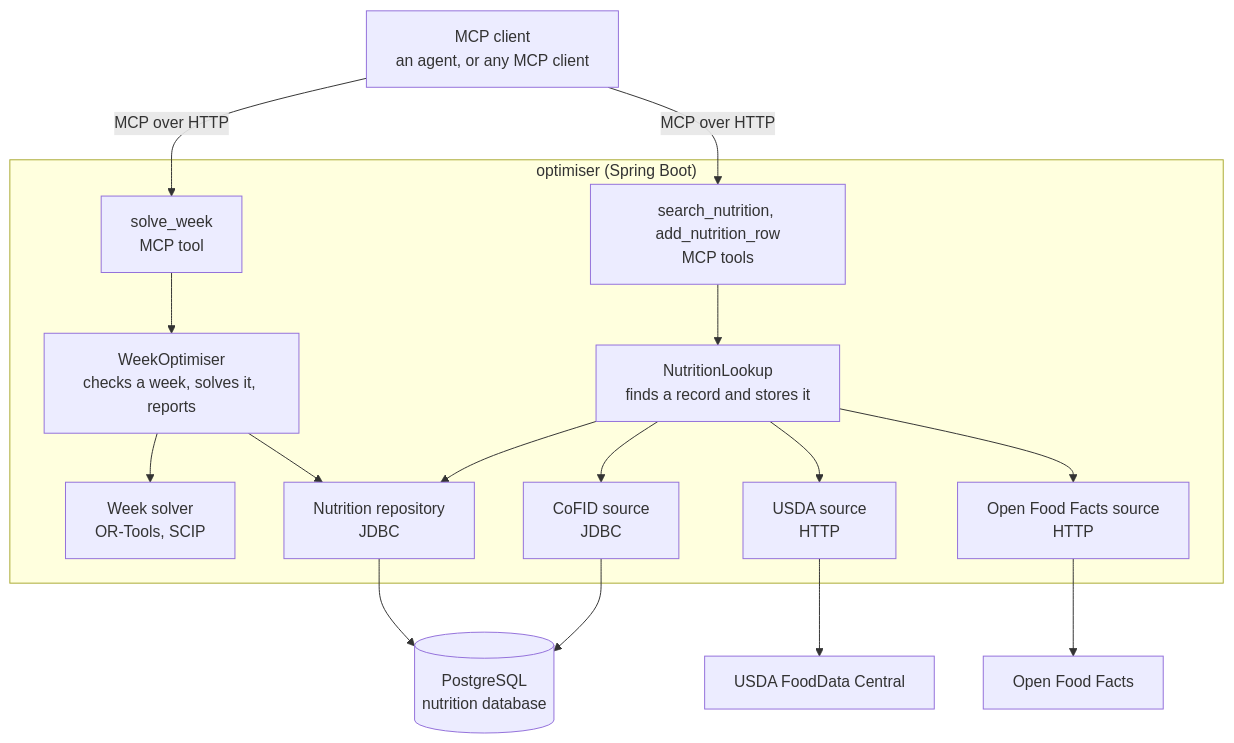
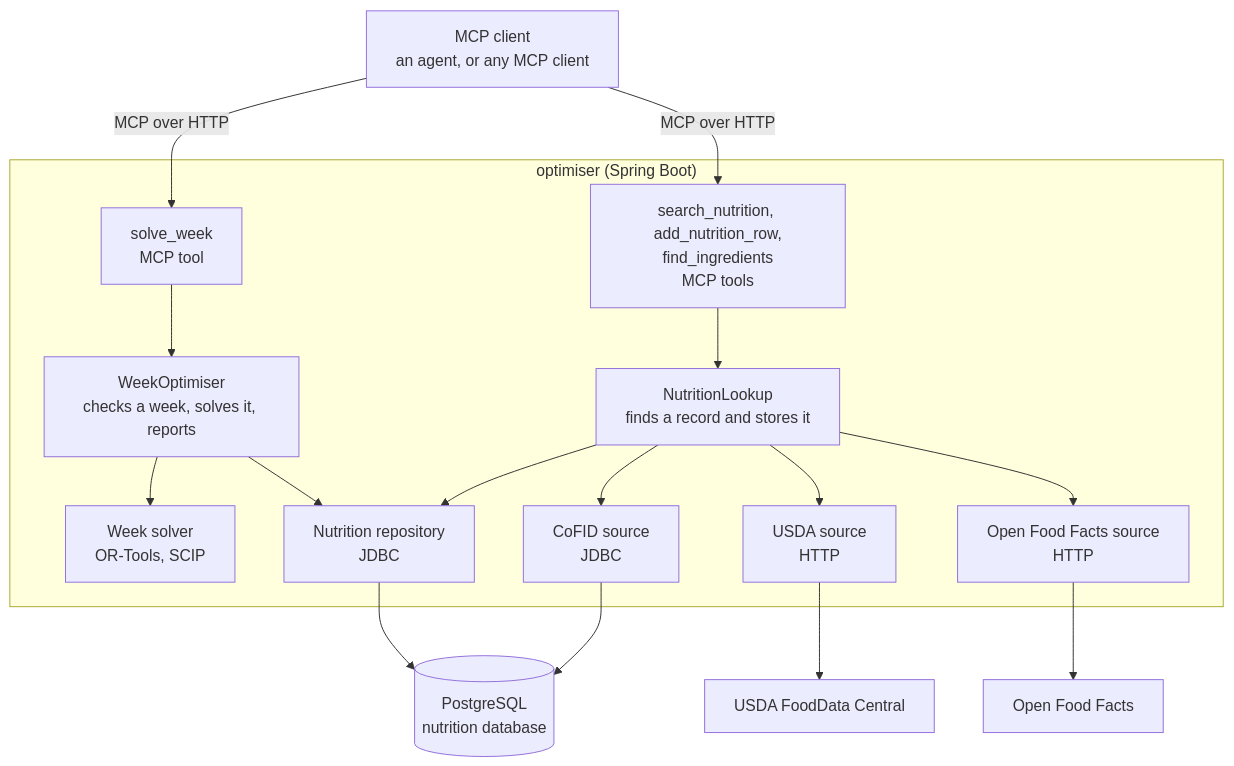
One commit to wbarrettdev/bulk-cook-planner changed the diagram in optimiser/docs/architecture.md. Above: the diagram before and after it, drawn with Mermaid. The commit also changed other lines of this file and 35 other files, not shown here.

Commit message:
Formalise the solve_week input and add find_ingredients

````diff
--- a/optimiser/docs/architecture.md
+++ b/optimiser/docs/architecture.md
@@ -15,35 +17,35 @@
 ```mermaid
 flowchart TB
     client["MCP client<br/>an agent, or any MCP client"]
 
     subgraph optimiser["optimiser (Spring Boot)"]
         weekTool["solve_week<br/>MCP tool"]
-        nutritionTools["search_nutrition, add_nutrition_row<br/>MCP tools"]
+        nutritionTools["search_nutrition, add_nutrition_row,<br/>find_ingredients<br/>MCP tools"]
         weekOptimiser["WeekOptimiser<br/>checks a week, solves it, reports"]
         lookup["NutritionLookup<br/>finds a record and stores it"]
         solver["Week solver<br/>OR-Tools, SCIP"]
         repository["Nutrition repository<br/>JDBC"]
         cofid["CoFID source<br/>JDBC"]
         usda["USDA source<br/>HTTP"]
         off["Open Food Facts source<br/>HTTP"]
     end
 
     db[("PostgreSQL<br/>nutrition database")]
     usdaApi["USDA FoodData Central"]
     offApi["Open Food Facts"]
 
     client -- "MCP over HTTP" --> weekTool
     client -- "MCP over HTTP" --> nutritionTools
     weekTool --> weekOptimiser
     nutritionTools --> lookup
     weekOptimiser --> solver
     weekOptimiser --> repository
     lookup --> repository
     lookup --> cofid
     lookup --> usda
     lookup --> off
     repository --> db
     cofid --> db
     usda --> usdaApi
     off --> offApi
 ```
````
